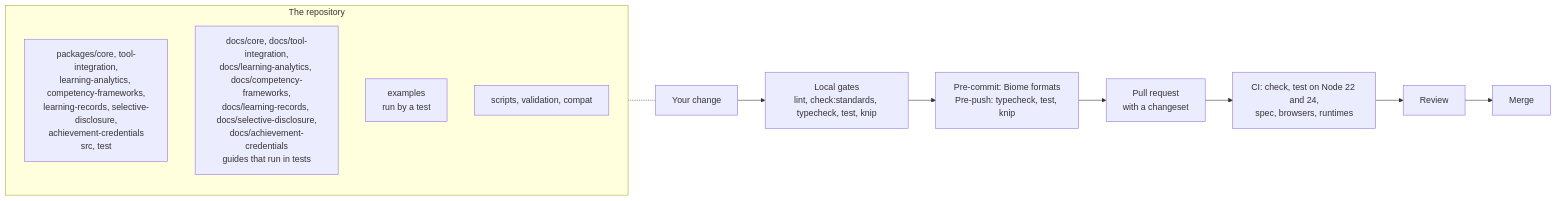
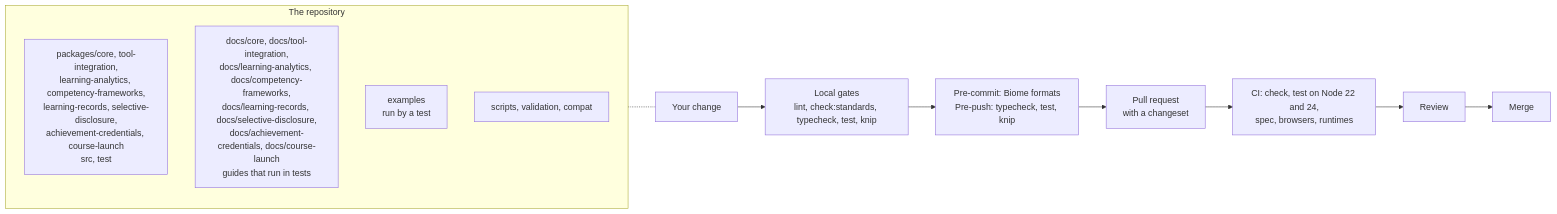
Before and after one commit to interopkit/interopkit: the diagram in CONTRIBUTING.md, drawn with Mermaid. The commit also changed 100 other files, not shown here.

````diff
--- a/CONTRIBUTING.md
+++ b/CONTRIBUTING.md
@@ -6,16 +6,16 @@
 ```mermaid
 flowchart LR
   subgraph repo["The repository"]
-    packages["packages/core, tool-integration,<br/>learning-analytics, competency-frameworks,<br/>learning-records, selective-disclosure,<br/>achievement-credentials<br/>src, test"]
-    docs["docs/core, docs/tool-integration,<br/>docs/learning-analytics, docs/competency-frameworks,<br/>docs/learning-records, docs/selective-disclosure,<br/>docs/achievement-credentials<br/>guides that run in tests"]
+    packages["packages/core, tool-integration,<br/>learning-analytics, competency-frameworks,<br/>learning-records, selective-disclosure,<br/>achievement-credentials, course-launch<br/>src, test"]
+    docs["docs/core, docs/tool-integration,<br/>docs/learning-analytics, docs/competency-frameworks,<br/>docs/learning-records, docs/selective-disclosure,<br/>docs/achievement-credentials, docs/course-launch<br/>guides that run in tests"]
     examples["examples<br/>run by a test"]
     tooling["scripts, validation, compat"]
   end
   change["Your change"] --> local["Local gates<br/>lint, check:standards, typecheck, test, knip"]
   local --> hooks["Pre-commit: Biome formats<br/>Pre-push: typecheck, test, knip"]
   hooks --> pr["Pull request<br/>with a changeset"]
   pr --> ci["CI: check, test on Node 22 and 24,<br/>spec, browsers, runtimes"]
   ci --> review["Review"]
   review --> merge["Merge"]
   repo -.- change
 ```
````
